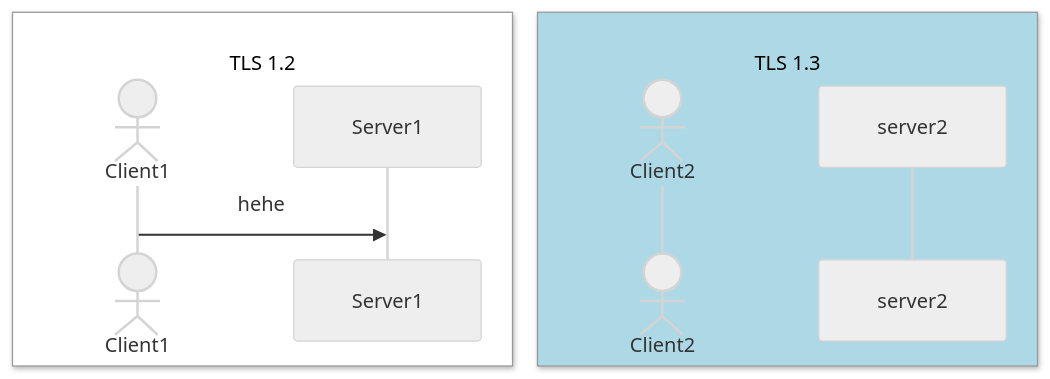
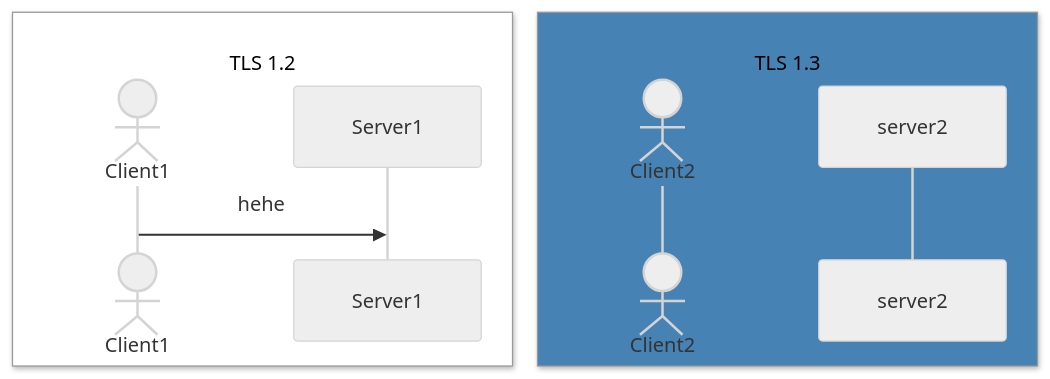
The third of 3 diagrams in tls_1.3.md (jtaverne/ovh), drawn with Mermaid before and after one commit.

````diff
--- a/tls_1.3.md
+++ b/tls_1.3.md
@@ -37,13 +37,13 @@
 ```mermaid
 %%{init: {'theme': 'neutral' } }%%
 sequenceDiagram
     box White <br/>TLS 1.2
     actor Client1
     participant Server1
     end
-    box LightBlue <br/>TLS 1.3
+    box SteelBlue <br/>TLS 1.3
     actor Client2
     participant server2
     end
 Client1 ->> Server1 : hehe
 ```
````
